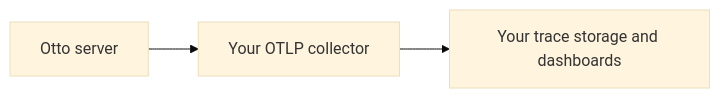
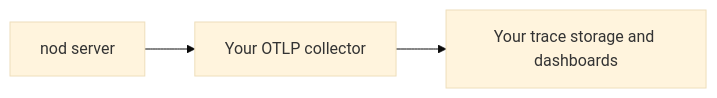
One commit to KrishBhimani/nod changed the second of 2 diagrams in docs/src/content/docs/deploy/configuration.md. Above: the diagram before and after it, drawn with Mermaid (base theme). The commit also changed other lines of this file and 380 other files, not shown here.

Commit message:
feat!: rename Otto to nod (#398)

````diff
--- a/docs/src/content/docs/deploy/configuration.md
+++ b/docs/src/content/docs/deploy/configuration.md
@@ -145,5 +145,5 @@
 ```mermaid
 flowchart LR
-  otto[Otto server] --> collector[Your OTLP collector]
+  nod[nod server] --> collector[Your OTLP collector]
   collector --> storage[Your trace storage and dashboards]
 ```
````
